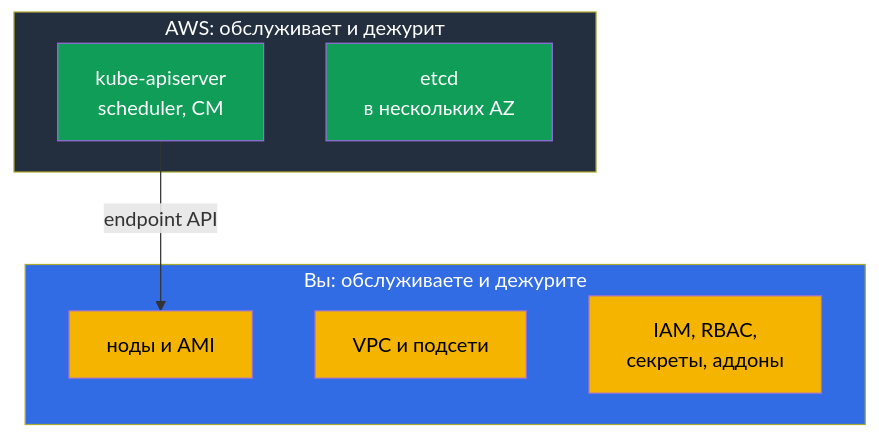
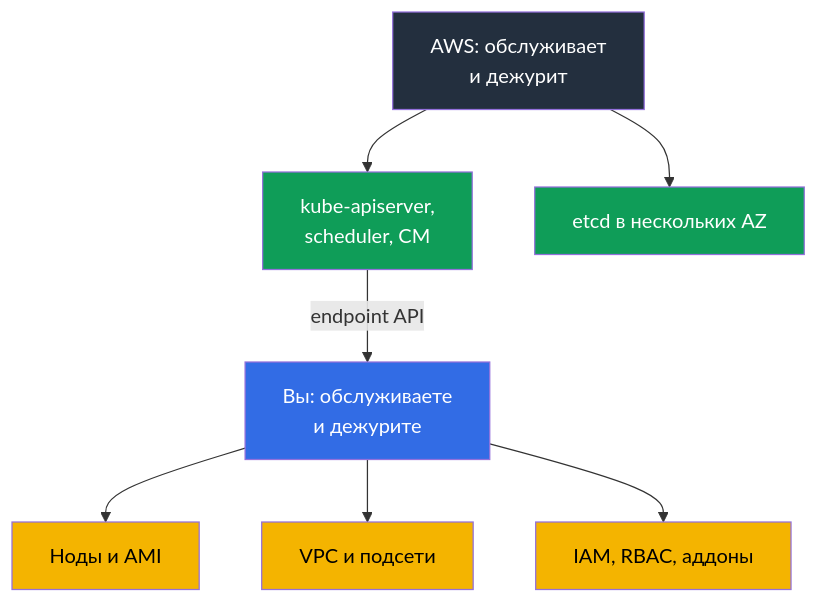
One commit to ViktorUJ/cks changed the first of 3 diagrams in tasks/eks/course/01/ru.md. Above: the diagram before and after it, drawn with Mermaid. The commit also changed other lines of this file and 52 other files, not shown here.

````diff
--- a/tasks/eks/course/01/ru.md
+++ b/tasks/eks/course/01/ru.md
@@ -31,20 +31,17 @@
 ```mermaid
 flowchart TB
-    subgraph aws["AWS: обслуживает и дежурит"]
-        api["kube-apiserver<br>scheduler, CM"]
-        etcd["etcd<br>в нескольких AZ"]
-    end
-    subgraph you["Вы: обслуживаете и дежурите"]
-        nodes["ноды и AMI"]
-        net["VPC и подсети"]
-        access["IAM, RBAC,<br>секреты, аддоны"]
-    end
-    api -->|"endpoint API"| nodes
+    aws["AWS: обслуживает<br/>и дежурит"]
+    aws --> api["kube-apiserver,<br/>scheduler, CM"]
+    aws --> etcd["etcd в нескольких AZ"]
+    api -->|"endpoint API"| you["Вы: обслуживаете<br/>и дежурите"]
+    you --> nodes["Ноды и AMI"]
+    you --> net["VPC и подсети"]
+    you --> access["IAM, RBAC, аддоны"]
     style aws fill:#232f3e,color:#fff
     style you fill:#326ce5,color:#fff
     style api fill:#0f9d58,color:#fff
     style etcd fill:#0f9d58,color:#fff
     style nodes fill:#f4b400,color:#000
     style net fill:#f4b400,color:#000
     style access fill:#f4b400,color:#000
 ```
````
